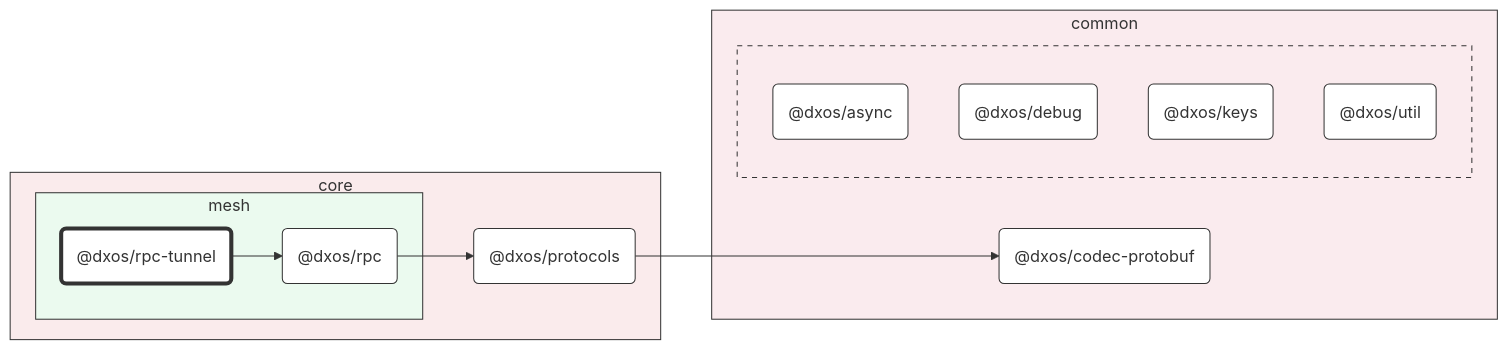
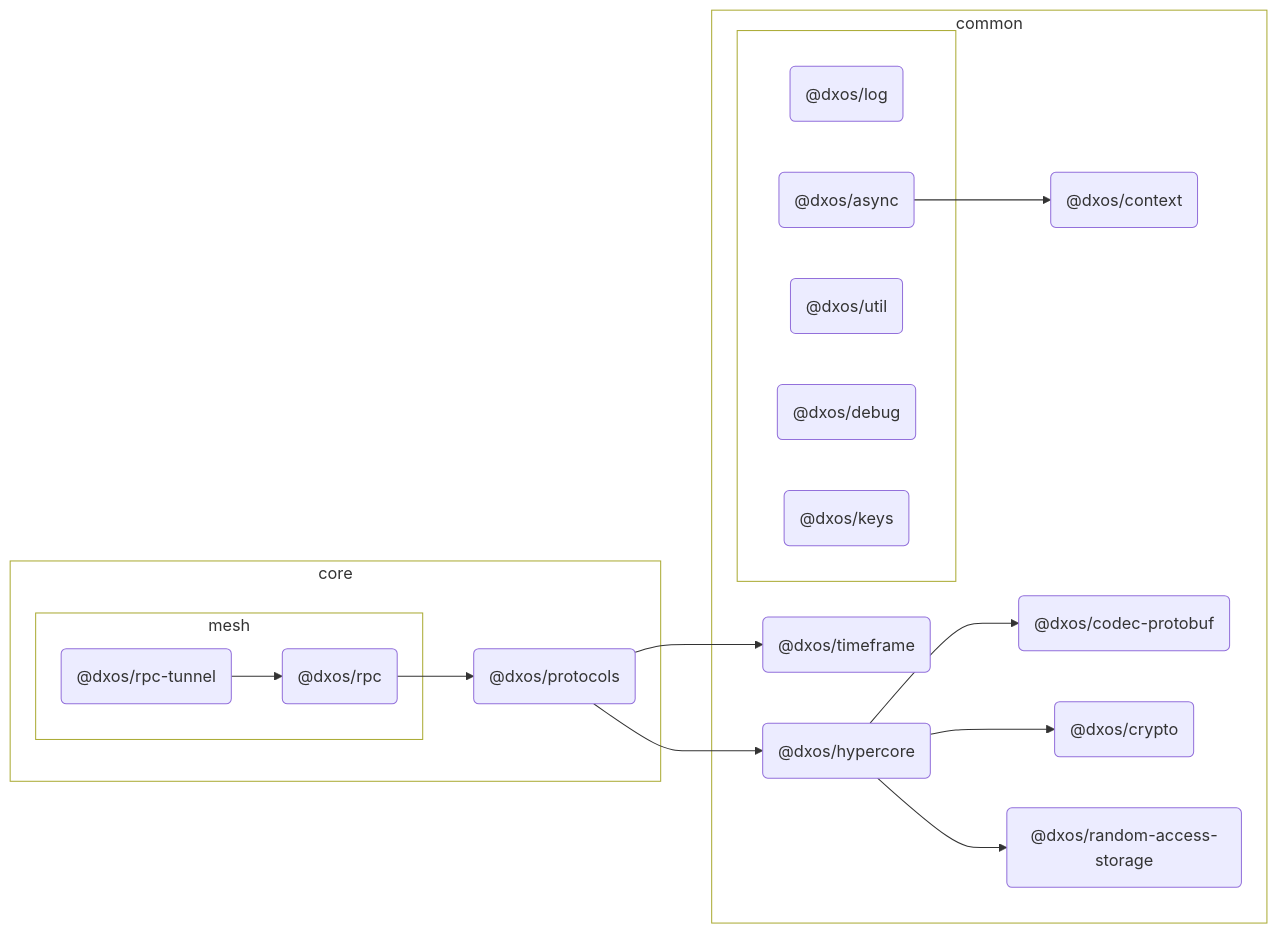
The diagram in packages/core/mesh/rpc-tunnel/docs/README.md (dxos/dxos), drawn with Mermaid before and after one commit. The commit also changed other lines of this file and 127 other files, not shown here.

````diff
--- a/packages/core/mesh/rpc-tunnel/docs/README.md
+++ b/packages/core/mesh/rpc-tunnel/docs/README.md
@@ -7,49 +7,65 @@
 ```mermaid
 %%{ init: {'flowchart':{'curve':'basis'}} }%%
 
 flowchart LR
 
 %% Classes
-classDef def fill:#fff,stroke:#333,stroke-width:1px
-classDef root fill:#fff,stroke:#333,stroke-width:4px
+
+
 
 %% Nodes
 
 subgraph core [core]
-  style core fill:#faebec,stroke:#333
+  style core fill:transparent
   dxos/protocols("@dxos/protocols"):::def
   click dxos/protocols "dxos/dxos/tree/main/packages/core/protocols/docs"
 
   subgraph mesh [mesh]
-    style mesh fill:#ebfaef,stroke:#333
+    style mesh fill:transparent
     dxos/rpc-tunnel("@dxos/rpc-tunnel"):::root
     click dxos/rpc-tunnel "dxos/dxos/tree/main/packages/core/mesh/rpc-tunnel/docs"
     dxos/rpc("@dxos/rpc"):::def
     click dxos/rpc "dxos/dxos/tree/main/packages/core/mesh/rpc/docs"
   end
 end
 
 subgraph common [common]
-  style common fill:#faebee,stroke:#333
+  style common fill:transparent
+  dxos/context("@dxos/context"):::def
+  click dxos/context "dxos/dxos/tree/main/packages/common/context/docs"
   dxos/codec-protobuf("@dxos/codec-protobuf"):::def
   click dxos/codec-protobuf "dxos/dxos/tree/main/packages/common/codec-protobuf/docs"
+  dxos/hypercore("@dxos/hypercore"):::def
+  click dxos/hypercore "dxos/dxos/tree/main/packages/common/hypercore/docs"
+  dxos/crypto("@dxos/crypto"):::def
+  click dxos/crypto "dxos/dxos/tree/main/packages/common/crypto/docs"
+  dxos/random-access-storage("@dxos/random-access-storage"):::def
+  click dxos/random-access-storage "dxos/dxos/tree/main/packages/common/random-access-storage/docs"
+  dxos/timeframe("@dxos/timeframe"):::def
+  click dxos/timeframe "dxos/dxos/tree/main/packages/common/timeframe/docs"
 
   subgraph _ [ ]
-    style _ fill:#faebee,stroke:#333,stroke-dasharray:5 5
+    style _ fill:transparent
+    dxos/log("@dxos/log"):::def
+    click dxos/log "dxos/dxos/tree/main/packages/common/log/docs"
     dxos/async("@dxos/async"):::def
     click dxos/async "dxos/dxos/tree/main/packages/common/async/docs"
+    dxos/util("@dxos/util"):::def
+    click dxos/util "dxos/dxos/tree/main/packages/common/util/docs"
     dxos/debug("@dxos/debug"):::def
     click dxos/debug "dxos/dxos/tree/main/packages/common/debug/docs"
     dxos/keys("@dxos/keys"):::def
     click dxos/keys "dxos/dxos/tree/main/packages/common/keys/docs"
-    dxos/util("@dxos/util"):::def
-    click dxos/util "dxos/dxos/tree/main/packages/common/util/docs"
   end
 end
 
 %% Links
-linkStyle default stroke:#333,stroke-width:1px
 dxos/rpc-tunnel --> dxos/rpc
+dxos/async --> dxos/context
 dxos/rpc --> dxos/protocols
-dxos/protocols --> dxos/codec-protobuf
+dxos/protocols --> dxos/hypercore
+dxos/hypercore --> dxos/codec-protobuf
+dxos/hypercore --> dxos/crypto
+dxos/hypercore --> dxos/random-access-storage
+dxos/protocols --> dxos/timeframe
 ```
````
